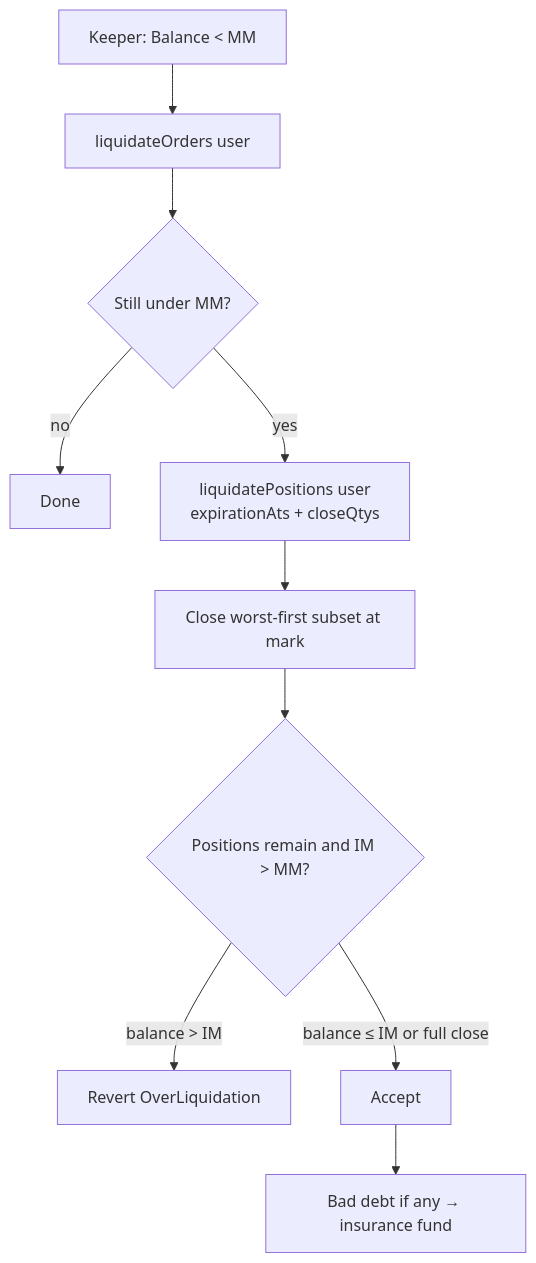
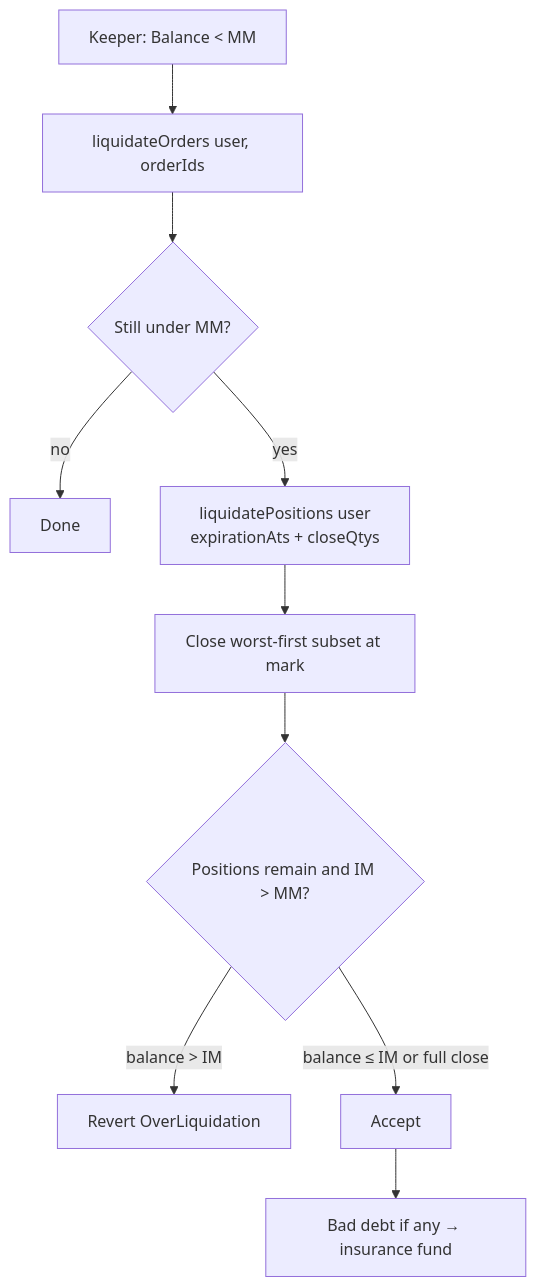
The second of 2 diagrams in docs/gitbook/03.Margin-System.md (Lumerin-protocol/futures-marketplace), drawn with Mermaid before and after one commit. The commit also changed other lines of this file and 5 other files, not shown here.

````diff
--- a/docs/gitbook/03.Margin-System.md
+++ b/docs/gitbook/03.Margin-System.md
@@ -123,12 +123,12 @@
 ```mermaid
 flowchart TD
-  A[Keeper: Balance &lt; MM] --> B[liquidateOrders user]
+  A[Keeper: Balance &lt; MM] --> B[liquidateOrders user, orderIds]
   B --> C{Still under MM?}
   C -->|no| D[Done]
   C -->|yes| E[liquidatePositions user<br/>expirationAts + closeQtys]
   E --> F[Close worst-first subset at mark]
   F --> G{Positions remain and IM &gt; MM?}
   G -->|balance &gt; IM| H[Revert OverLiquidation]
   G -->|balance ≤ IM or full close| I[Accept]
   I --> J[Bad debt if any → insurance fund]
 ```
````
